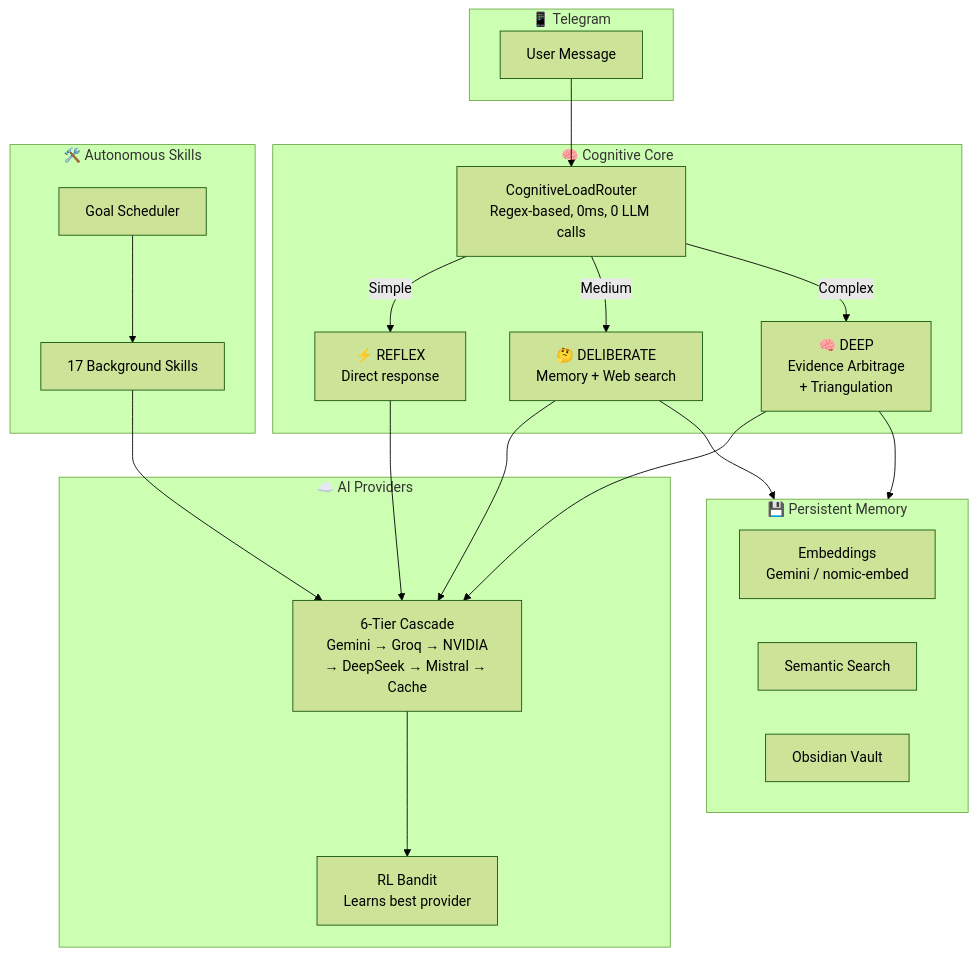
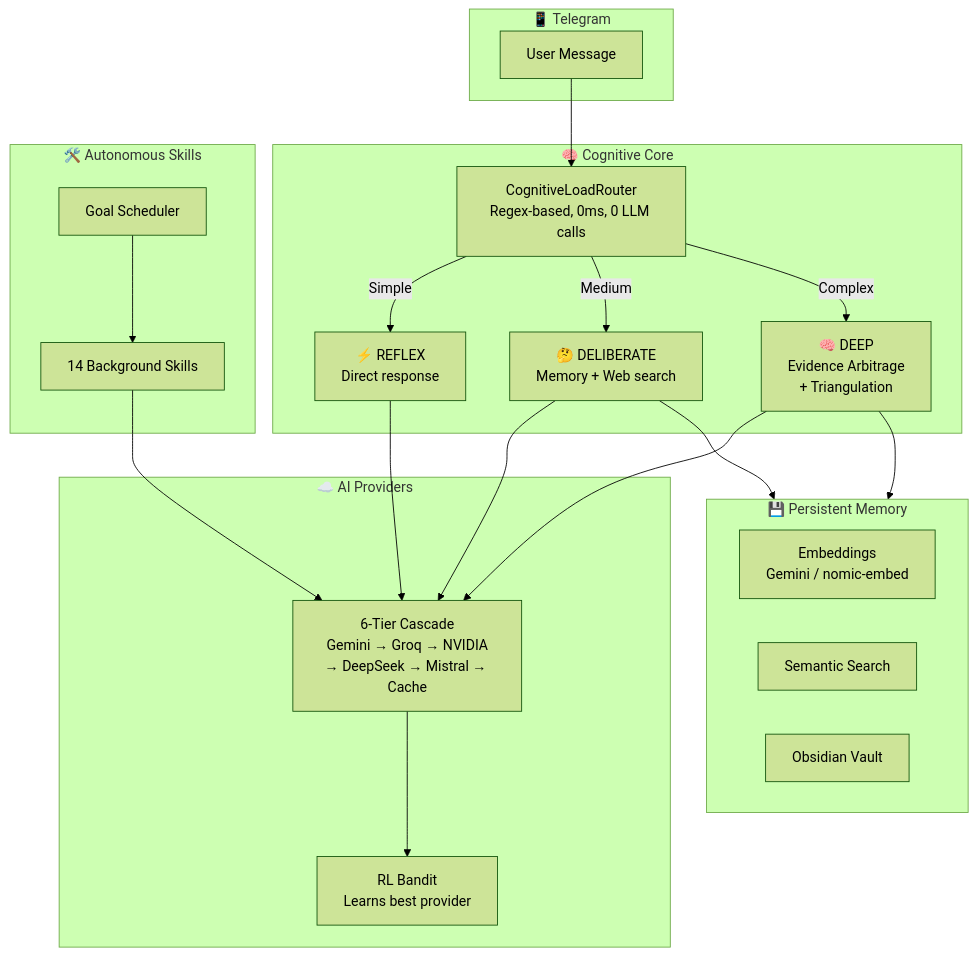
The second of 2 diagrams in README.md (4pixeltechBR/Seeker.Bot), drawn with Mermaid (forest theme) before and after one commit. The commit also changed other lines of this file and 10 other files, not shown here.

````diff
--- a/README.md
+++ b/README.md
@@ -188,42 +191,42 @@
 ```mermaid
 flowchart TB
     subgraph Telegram["📱 Telegram"]
         User[User Message]
     end
 
     subgraph Core["🧠 Cognitive Core"]
         Router[CognitiveLoadRouter<br/>Regex-based, 0ms, 0 LLM calls]
         Reflex[⚡ REFLEX<br/>Direct response]
         Deliberate[🤔 DELIBERATE<br/>Memory + Web search]
         Deep[🧠 DEEP<br/>Evidence Arbitrage<br/>+ Triangulation]
     end
 
     subgraph Providers["☁️ AI Providers"]
         Cascade[6-Tier Cascade<br/>Gemini → Groq → NVIDIA<br/>→ DeepSeek → Mistral → Cache]
         Bandit[RL Bandit<br/>Learns best provider]
     end
 
     subgraph Skills["🛠️ Autonomous Skills"]
-        S1[17 Background Skills]
+        S1[14 Background Skills]
         S2[Goal Scheduler]
     end
 
     subgraph Memory["💾 Persistent Memory"]
         Embed[Embeddings<br/>Gemini / nomic-embed]
         Store[Semantic Search]
         Obsidian[Obsidian Vault]
     end
 
     User --> Router
     Router -->|Simple| Reflex
     Router -->|Medium| Deliberate
     Router -->|Complex| Deep
     Reflex --> Cascade
     Deliberate --> Cascade
     Deep --> Cascade
     Cascade --> Bandit
     Deep --> Memory
     Deliberate --> Memory
     S2 --> S1
     S1 --> Cascade
 ```
````
